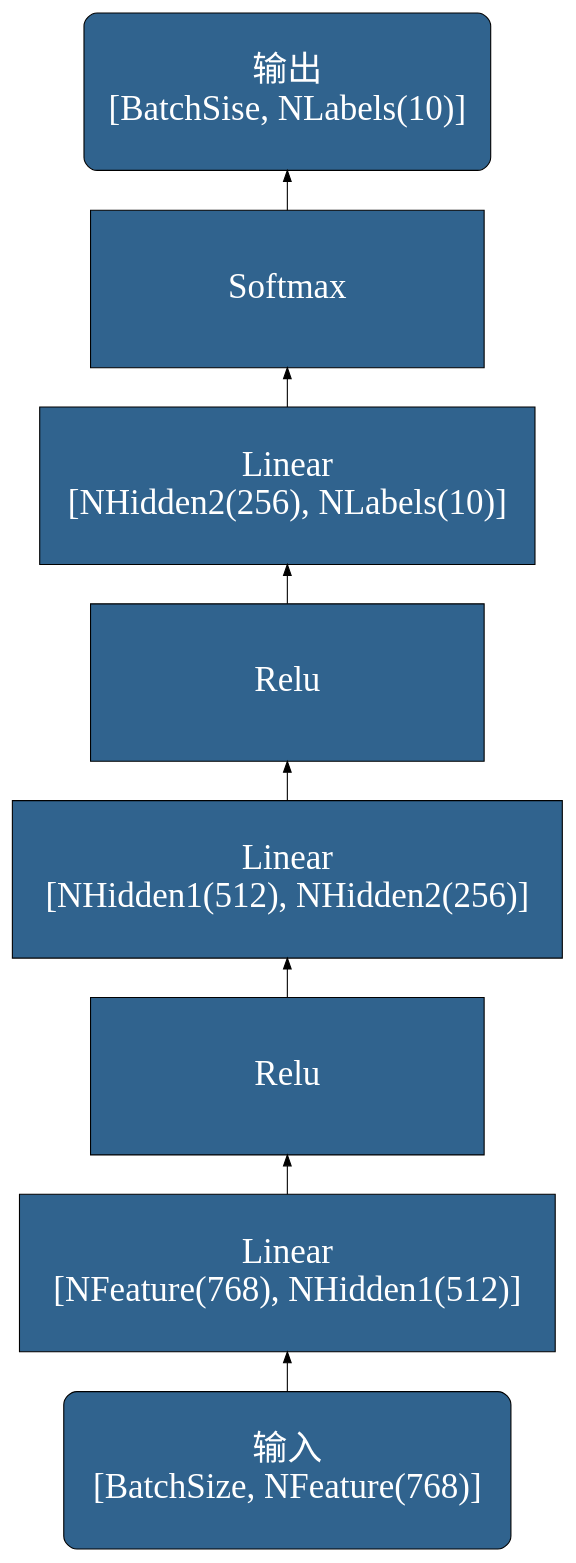
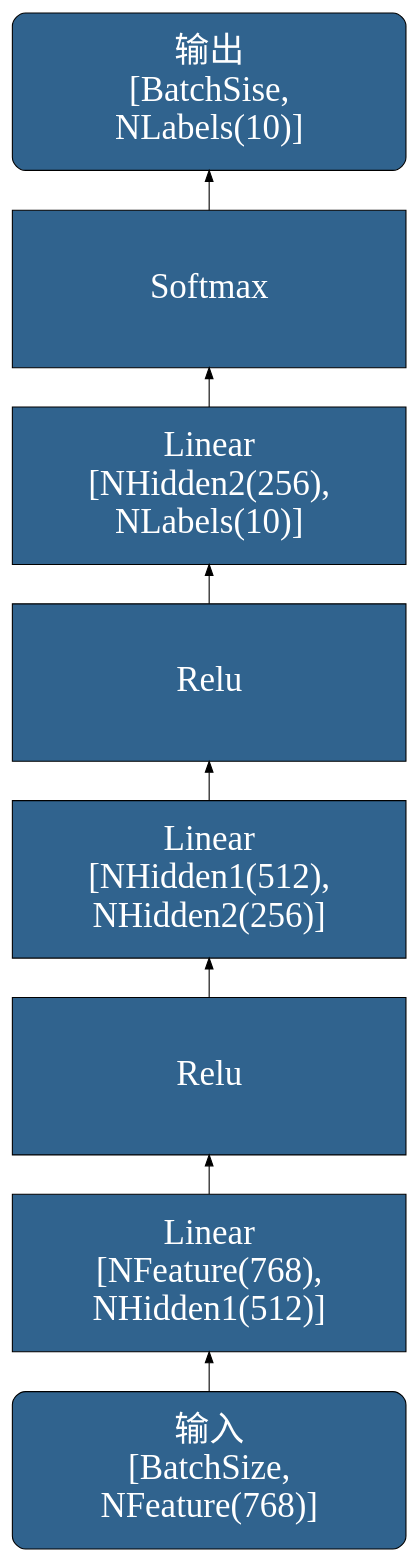
One commit to OpenDocCN/python-code-anls changed the diagram in docs/basic_dl_arch/2_MLP.dot. Above: the diagram before and after it, drawn with Graphviz. The commit also changed 3 other files, not shown here.

```diff
--- a/docs/basic_dl_arch/2_MLP.dot
+++ b/docs/basic_dl_arch/2_MLP.dot
@@ -1,26 +1,26 @@
 digraph MLP {
 	rankdir=BT
     node [
 		style=filled, 
 		color=Black
 		fontcolor=White, 
 		fillcolor="#30638e", 
 		fontname="SimHei",
 		fontsize=32,
 		width=5, height=2,
 		shape="box",
 	]
 	
 	
-	inp     [label="输入\n[BatchSize, NFeature(768)]", shape="Mrecord"]
-	ll1     [label="Linear\n[NFeature(768), NHidden1(512)]"]
+	inp     [label="输入\n[BatchSize,\n NFeature(768)]", shape="Mrecord"]
+	ll1     [label="Linear\n[NFeature(768),\n NHidden1(512)]"]
     relu1   [label="Relu"]
-    ll2     [label="Linear\n[NHidden1(512), NHidden2(256)]"]
+    ll2     [label="Linear\n[NHidden1(512),\n NHidden2(256)]"]
     relu2   [label="Relu"]
-    ll3     [label="Linear\n[NHidden2(256), NLabels(10)]"]
+    ll3     [label="Linear\n[NHidden2(256),\n NLabels(10)]"]
     softmax [label="Softmax"]
-	oup     [label="输出\n[BatchSise, NLabels(10)]", shape="Mrecord"]
+	oup     [label="输出\n[BatchSise,\n NLabels(10)]", shape="Mrecord"]
 	
 	inp -> ll1 -> relu1 -> ll2 -> relu2
         -> ll3 -> softmax -> oup
 }
```
